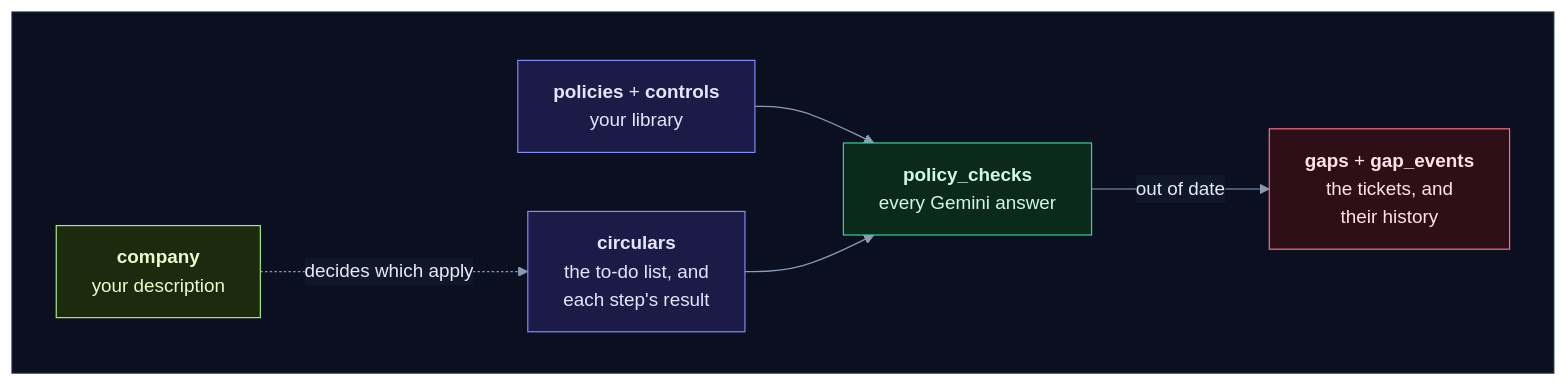
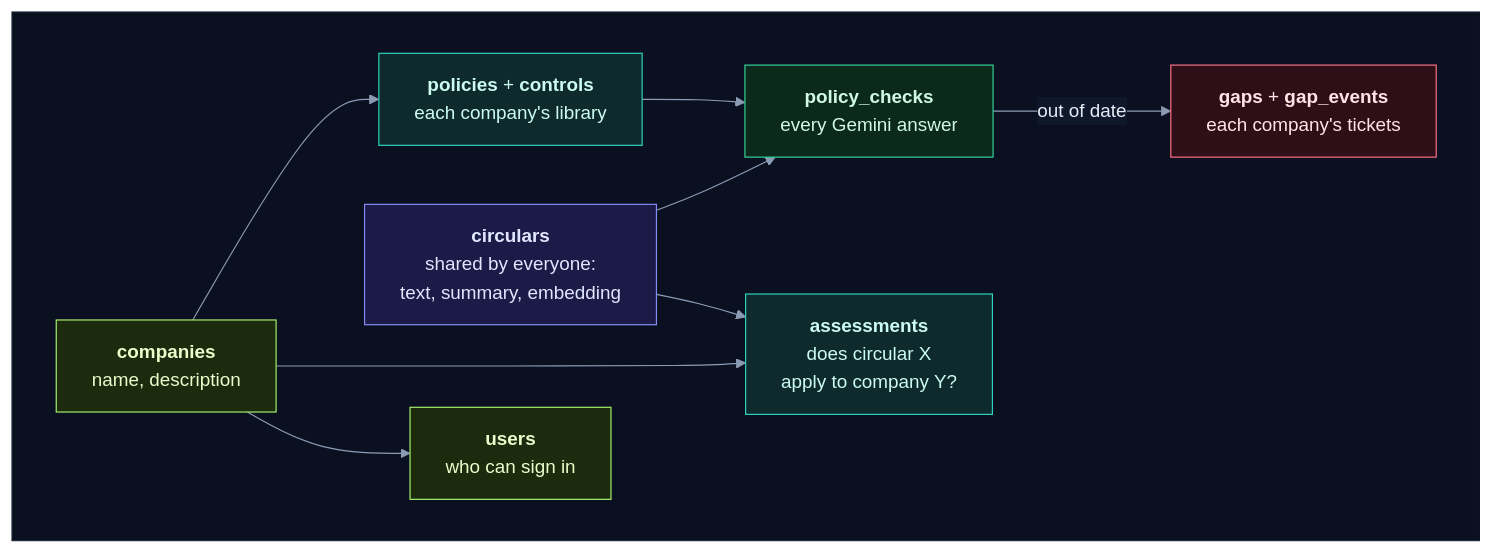
The ninth of 14 diagrams in how_the_worker_works.md (selvakumarperumal/Regulatory_Circular_Impact_Agent), drawn with Mermaid before and after one commit. The commit also changed other lines of this file and 8 other files, not shown here.

Commit message:
Document the task queue and multi-company design

````diff
--- a/how_the_worker_works.md
+++ b/how_the_worker_works.md
@@ -391,25 +613,30 @@
 ```mermaid
 %%{init: {"theme": "base", "flowchart": {"diagramPadding": 0}, "themeVariables": {"darkMode": true, "primaryColor": "#16213a", "primaryTextColor": "#e6edf7", "primaryBorderColor": "#475a7a", "lineColor": "#8b9bb4", "secondaryColor": "#1b2436", "tertiaryColor": "#101a2e", "edgeLabelBackground": "#0f172a", "textColor": "#e2e8f0", "clusterBkg": "#0f1728", "clusterBorder": "#2b3a55", "titleColor": "#c4b5fd", "nodeTextColor": "#e6edf7"}}}%%
 flowchart LR
     subgraph canvas[" "]
         direction LR
-        CO["<b>company</b><br/>your description"] -.->|"decides which apply"| CI["<b>circulars</b><br/>the to-do list, and<br/>each step's result"]
-        PO["<b>policies</b> + <b>controls</b><br/>your library"] --> PC["<b>policy_checks</b><br/>every Gemini answer"]
+        CO["<b>companies</b><br/>name, description"] --> US["<b>users</b><br/>who can sign in"]
+        CO --> AS["<b>assessments</b><br/>does circular X<br/>apply to company Y?"]
+        CI["<b>circulars</b><br/>shared by everyone:<br/>text, summary, embedding"] --> AS
+        CO --> PO["<b>policies</b> + <b>controls</b><br/>each company's library"]
+        PO --> PC["<b>policy_checks</b><br/>every Gemini answer"]
         CI --> PC
-        PC -->|"out of date"| GA["<b>gaps</b> + <b>gap_events</b><br/>the tickets, and<br/>their history"]
+        PC -->|"out of date"| GA["<b>gaps</b> + <b>gap_events</b><br/>each company's tickets"]
     end
     classDef svc fill:#0e2a2c,stroke:#2dd4bf,color:#ccfbf1
     classDef data fill:#1c1a47,stroke:#818cf8,color:#e0e7ff
     classDef ext fill:#2a1640,stroke:#c084fc,color:#f3e8ff
     classDef gpu fill:#2d1b0c,stroke:#fb923c,color:#ffedd5
     classDef ask fill:#2a2410,stroke:#fbbf24,color:#fef3c7
     classDef ok fill:#0b2a1c,stroke:#34d399,color:#d1fae5
     classDef bad fill:#2e0f17,stroke:#fb7185,color:#ffe4e6
     classDef start fill:#1c2a0e,stroke:#a7ef6f,color:#ecfccb
     classDef muted fill:#1a2130,stroke:#64748b,color:#cbd5e1
-    class CO start
-    class CI,PO data
+    classDef queue fill:#0c2231,stroke:#38bdf8,color:#e0f2fe
+    class CO,US start
+    class CI data
+    class AS,PO svc
     class PC ok
     class GA bad
     style canvas fill:#0b1020,stroke:#1e293b,color:#0b1020
 ```
````
